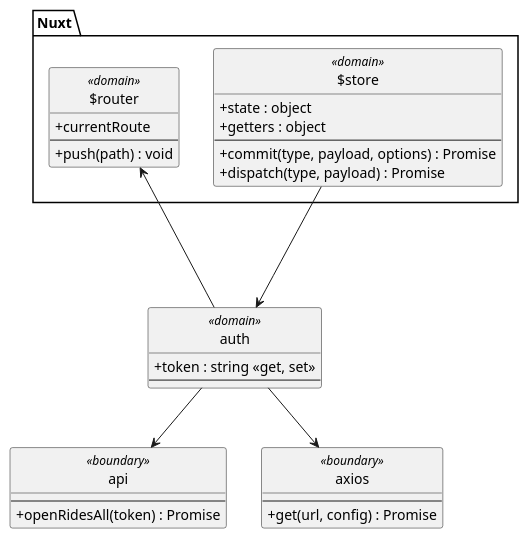
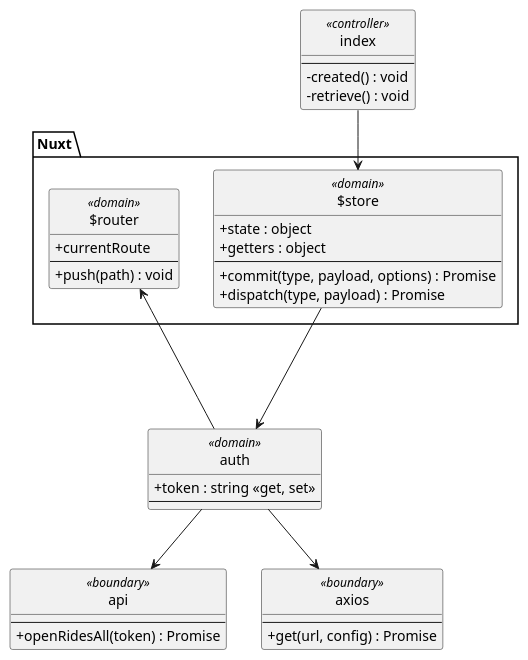
One commit to Phoenix1355/I4PRJ4-Web changed the diagram in docs/class-diagram-uc12.plantuml. Above: the diagram before and after it, drawn with PlantUML. The commit also changed 3 other files, not shown here.

Commit message:
Small changes to class diagrams

```diff
--- a/docs/class-diagram-uc12.plantuml
+++ b/docs/class-diagram-uc12.plantuml
@@ -1,44 +1,51 @@
 @startuml UC12-Oversigt
 
 skinparam shadowing false
 skinparam classAttributeIconSize 0
 skinparam monochrome true
 skinparam backgroundColor transparent
 skinparam style strictuml
 
 package Nuxt {
     class $router <<domain>> {
         + currentRoute
         --
         + push(path) : void
     }
 
     class $store <<domain>> {
         + state : object
         + getters : object
         --
         + commit(type, payload, options) : Promise
         + dispatch(type, payload) : Promise
     }
 }
 
+class index <<controller>> {
+    --
+    - created() : void
+    - retrieve() : void
+}
+index-->$store
+
 class auth <<domain>> {
     + token : string <<get, set>>
     --
 }
 $store ---> auth
 auth --> $router
 
 class api <<boundary>> {
     --
     + openRidesAll(token) : Promise
 }
 auth --> api
 
 class axios <<boundary>> {
     --
     + get(url, config) : Promise
 }
 auth --> axios
 
 @enduml
```
